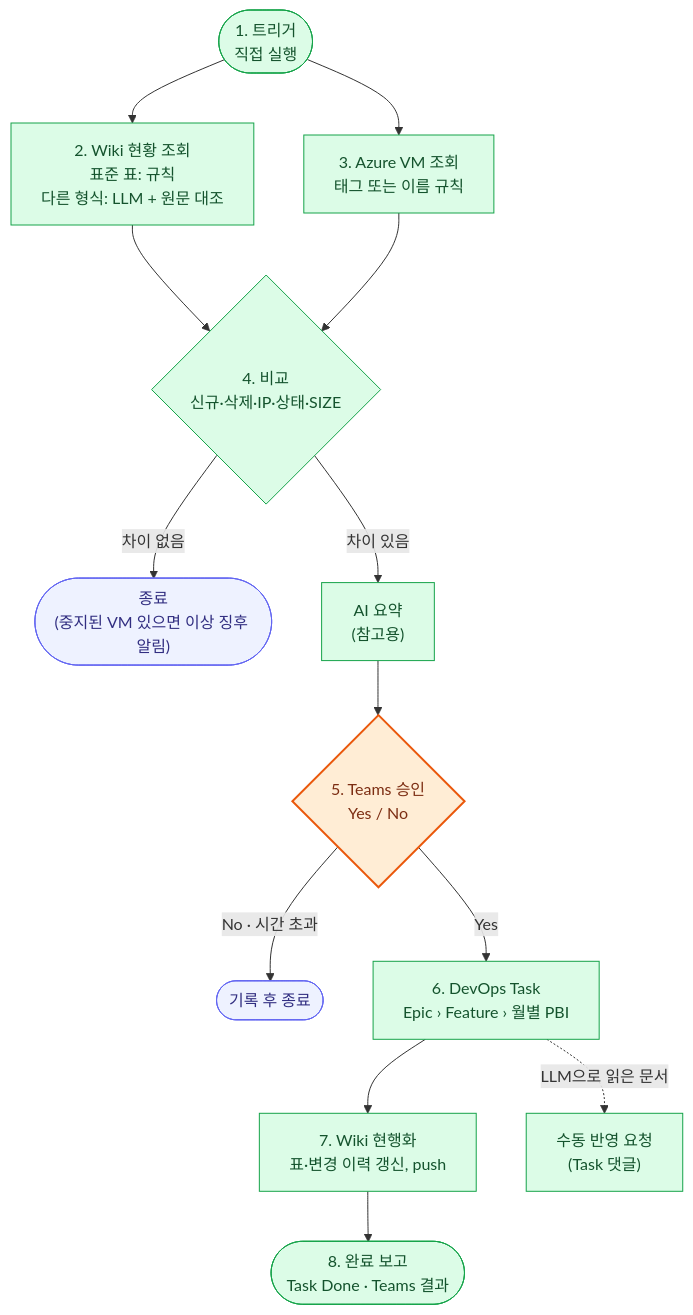
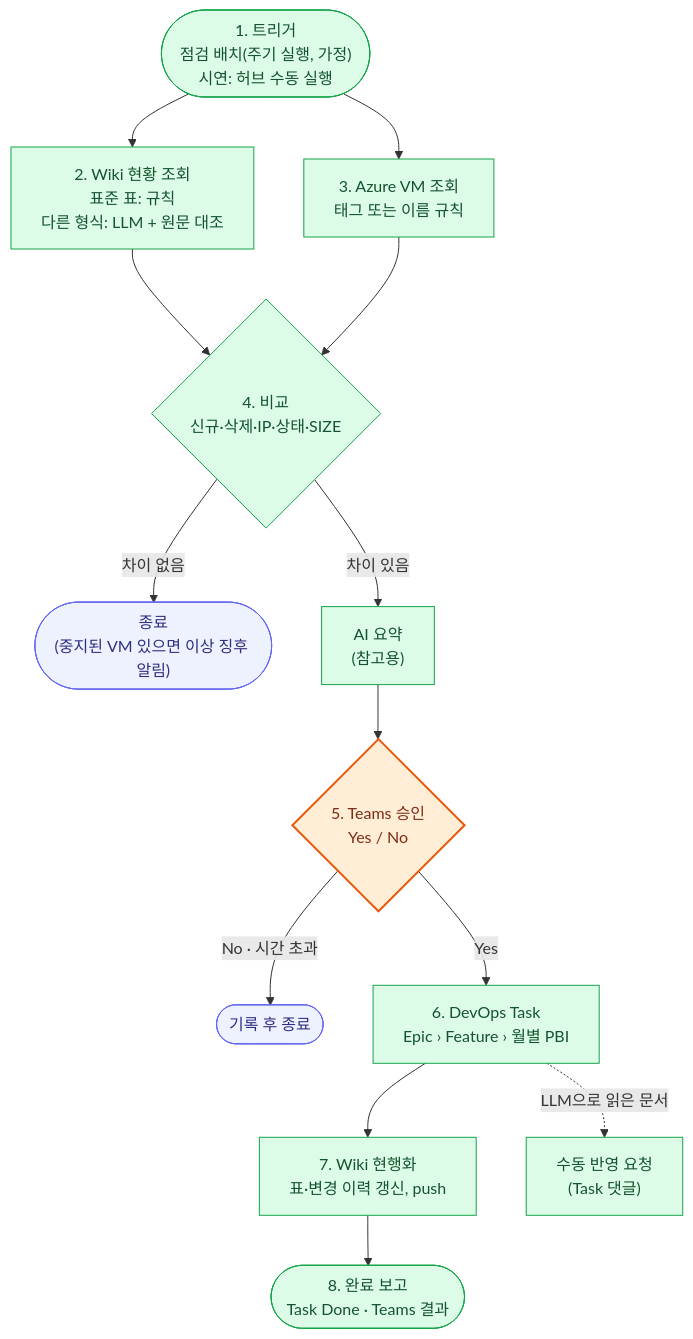
Before and after one commit to pcmola/ai-master: the second of 10 diagrams in README.md, drawn with Mermaid. The commit also changed other lines of this file and 5 other files, not shown here.

````diff
--- a/README.md
+++ b/README.md
@@ -190,23 +191,23 @@
 ```mermaid
 flowchart TD
-    t(["1. 트리거<br/>직접 실행"]) --> w["2. Wiki 현황 조회<br/>표준 표: 규칙<br/>다른 형식: LLM + 원문 대조"]
+    t(["1. 트리거<br/>점검 배치(주기 실행, 가정)<br/>시연: 허브 수동 실행"]) --> w["2. Wiki 현황 조회<br/>표준 표: 규칙<br/>다른 형식: LLM + 원문 대조"]
     t --> az["3. Azure VM 조회<br/>태그 또는 이름 규칙"]
     w --> c{"4. 비교<br/>신규·삭제·IP·상태·SIZE"}
     az --> c
     c -- "차이 없음" --> end0(["종료<br/>(중지된 VM 있으면 이상 징후 알림)"])
     c -- "차이 있음" --> ai["AI 요약<br/>(참고용)"]
     ai --> ap{"5. Teams 승인<br/>Yes / No"}
     ap -- "No · 시간 초과" --> end1(["기록 후 종료"])
     ap -- "Yes" --> task["6. DevOps Task<br/>Epic › Feature › 월별 PBI"]
     task --> wu["7. Wiki 현행화<br/>표·변경 이력 갱신, push"]
     task -. "LLM으로 읽은 문서" .-> man["수동 반영 요청<br/>(Task 댓글)"]
     wu --> rep(["8. 완료 보고<br/>Task Done · Teams 결과"])
 
     classDef done fill:#DCFCE7,stroke:#16A34A,color:#14532D
     classDef user fill:#FFEDD5,stroke:#EA580C,stroke-width:2px,color:#7C2D12
     classDef io fill:#EEF2FF,stroke:#6366F1,color:#312E81
     classDef ext fill:#E0F2FE,stroke:#0284C7,color:#0C4A6E
     class t,w,az,c,ai,task,wu,rep,man done
     class ap user
     class end0,end1 io
 ```
````
